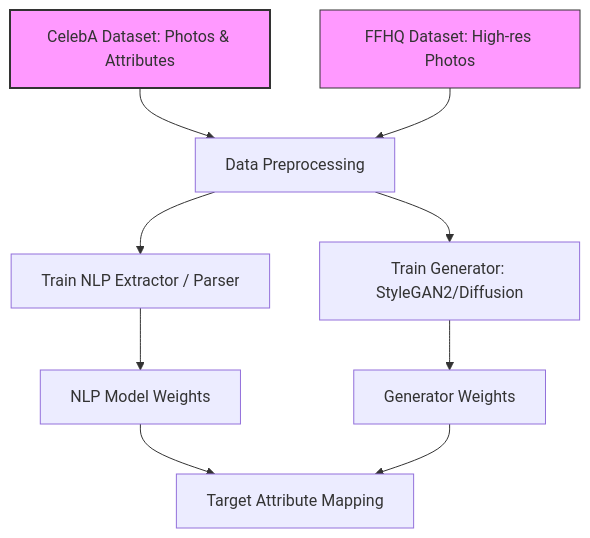
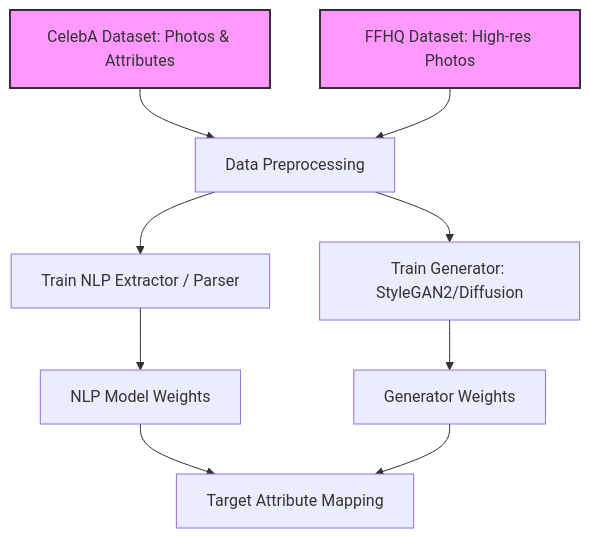
Before and after one commit to Tusharkanta407/forensic-sketch-research: the diagram in architecture/training-flow.mmd, drawn with Mermaid. The commit also changed 17 other files, not shown here.

```diff
--- a/architecture/training-flow.mmd
+++ b/architecture/training-flow.mmd
@@ -1,16 +1,19 @@
+%% IMPORTANT: This is the demo architecture showing how you can write in the MMD file.
+%% You must follow this rule and write like this.
+
 graph TD
     %% Training Flow Diagram
     CelebA[CelebA Dataset: Photos & Attributes] --> Pre[Data Preprocessing]
     FFHQ[FFHQ Dataset: High-res Photos] --> Pre
     
     Pre --> NLPTrain[Train NLP Extractor / Parser]
     Pre --> GenTrain[Train Generator: StyleGAN2/Diffusion]
     
     NLPTrain --> NLPWeights[NLP Model Weights]
     GenTrain --> GenWeights[Generator Weights]
     
     NLPWeights --> Target[Target Attribute Mapping]
     GenWeights --> Target
     
     style CelebA fill:#f9f,stroke:#333,stroke-width:2px
-    style FFHQ fill:#f9f,stroke:#333,stroke-width:2px\n
+    style FFHQ fill:#f9f,stroke:#333,stroke-width:2px
```
